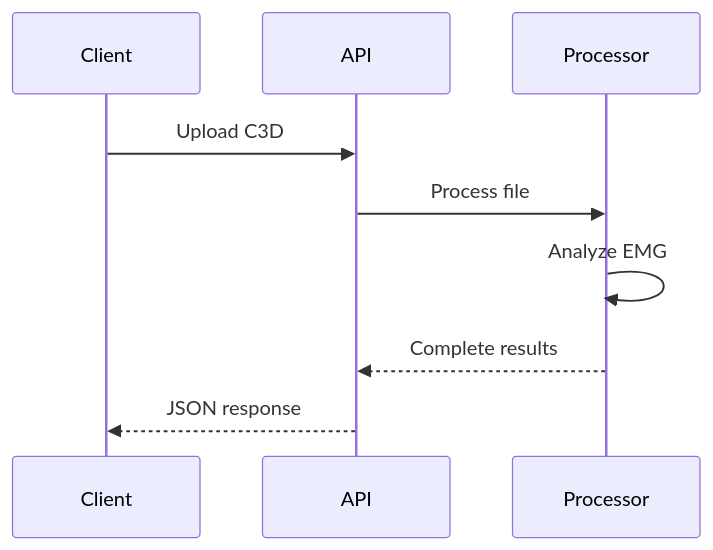
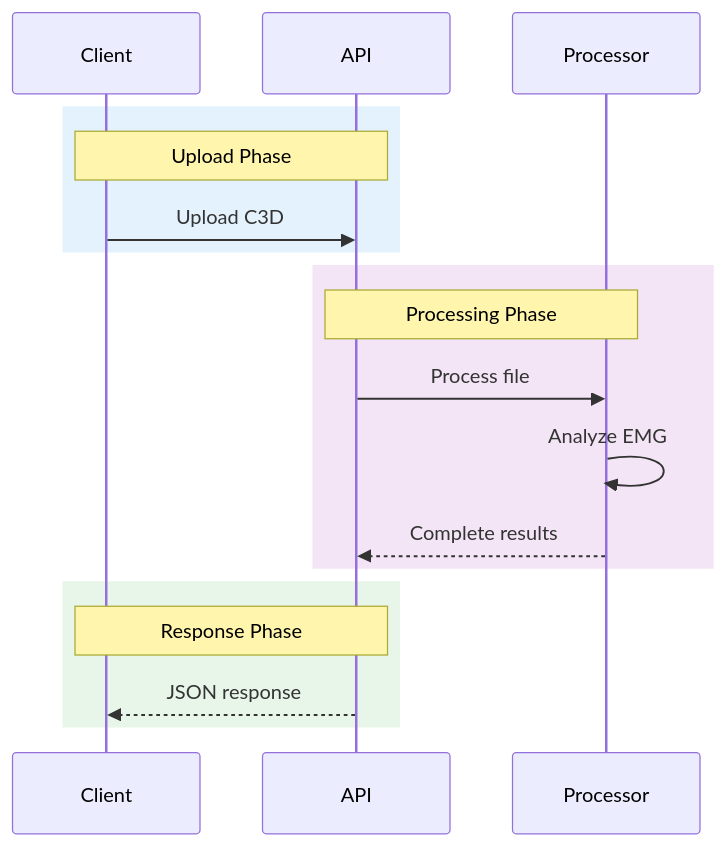
The second of 3 diagrams in docusaurus/docs/architecture/overview.md (ggustin93/emg-c3d-analyzer), drawn with Mermaid before and after one commit. The commit also changed other lines of this file and 11 other files, not shown here.

````diff
--- a/docusaurus/docs/architecture/overview.md
+++ b/docusaurus/docs/architecture/overview.md
@@ -179,8 +244,23 @@
 ```mermaid
 sequenceDiagram
-    Client->>API: Upload C3D
-    API->>Processor: Process file
-    Processor->>Processor: Analyze EMG
-    Processor-->>API: Complete results
-    API-->>Client: JSON response
+    participant Client
+    participant API
+    participant Processor
+    
+    rect rgb(227, 242, 253)
+        Note over Client,API: Upload Phase
+        Client->>API: Upload C3D
+    end
+    
+    rect rgb(243, 229, 245)
+        Note over API,Processor: Processing Phase
+        API->>Processor: Process file
+        Processor->>Processor: Analyze EMG
+        Processor-->>API: Complete results
+    end
+    
+    rect rgb(232, 245, 233)
+        Note over API,Client: Response Phase
+        API-->>Client: JSON response
+    end
 ```
````
